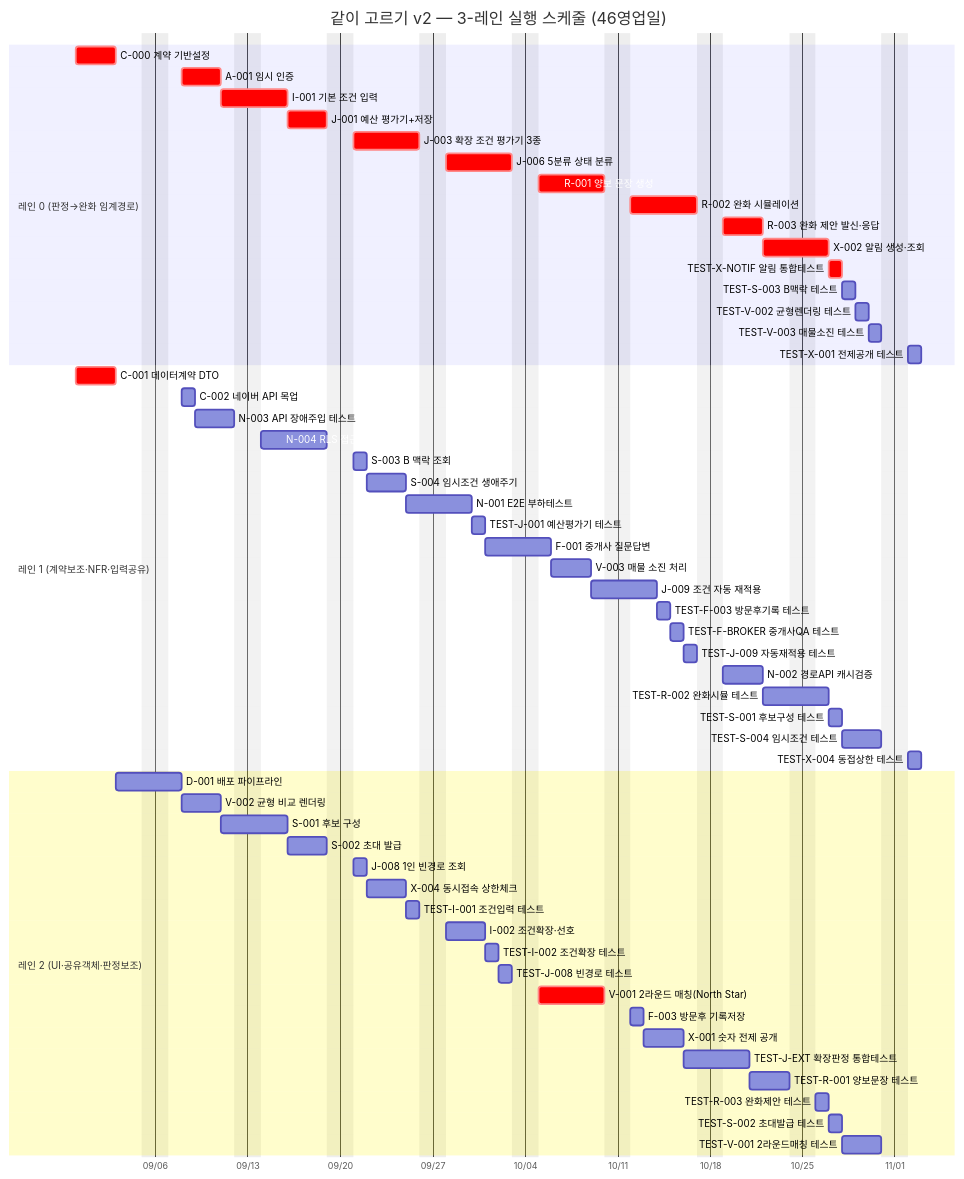
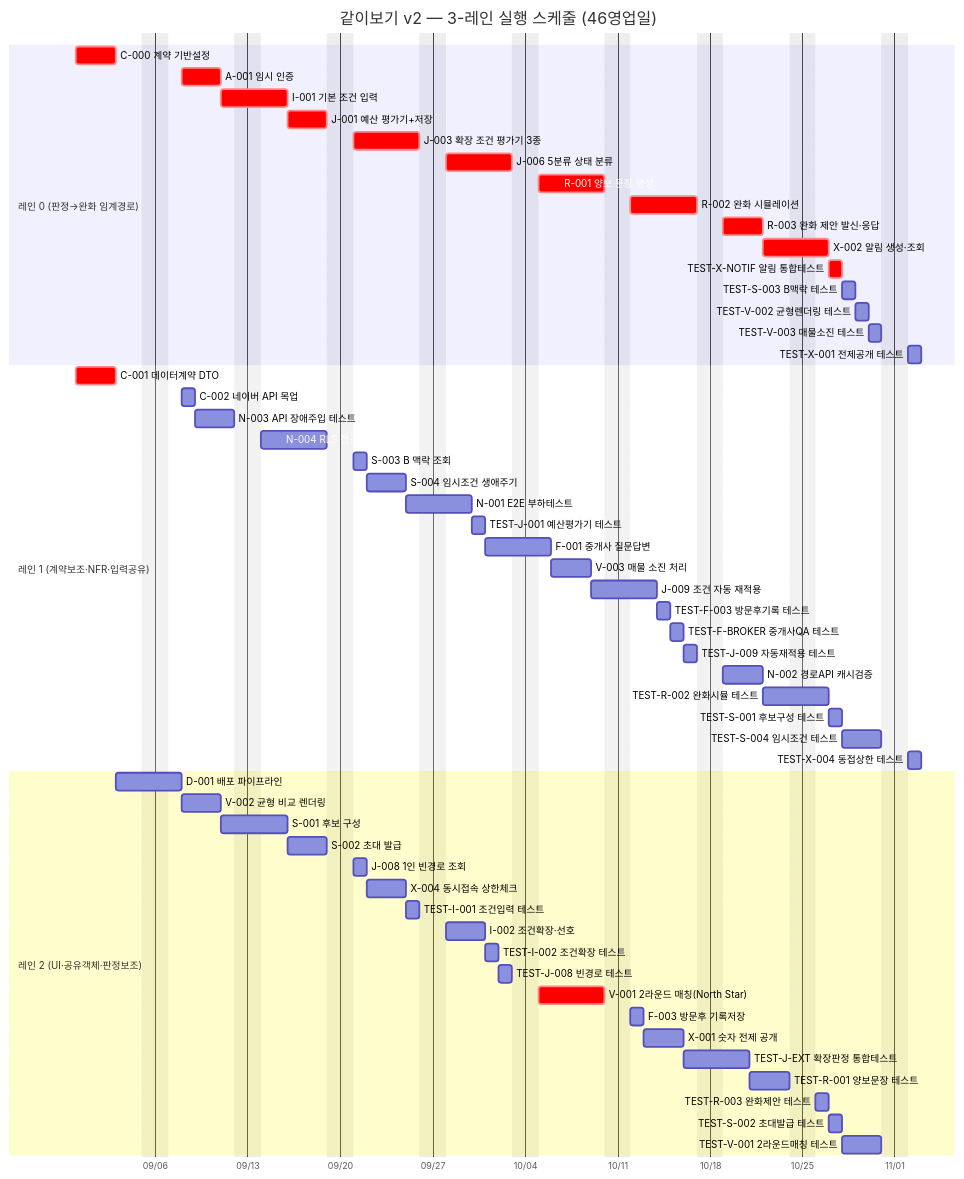
Before and after one commit to soobworks/SRS_project: the fifth of 6 diagrams in SRS_project/tasks/v2/[총괄] 개발 실행 계획.md, drawn with Mermaid. The commit also changed other lines of this file and 17 other files, not shown here.

First line of the commit message:
Fix service name: 같이보기, not 같이 고르기

````diff
--- a/SRS_project/tasks/v2/[총괄] 개발 실행 계획.md
+++ b/SRS_project/tasks/v2/[총괄] 개발 실행 계획.md
@@ -342,65 +342,65 @@
 ```mermaid
 gantt
-    title 같이 고르기 v2 — 3-레인 실행 스케줄 (46영업일)
+    title 같이보기 v2 — 3-레인 실행 스케줄 (46영업일)
     dateFormat YYYY-MM-DD
     axisFormat %m/%d
     excludes weekends
 
     section 레인 0 (판정→완화 임계경로)
     C-000 계약 기반설정        :crit, 2026-08-31, 3d
     A-001 임시 인증             :crit, 2026-09-08, 3d
     I-001 기본 조건 입력        :crit, 2026-09-11, 3d
     J-001 예산 평가기+저장      :crit, 2026-09-16, 3d
     J-003 확장 조건 평가기 3종  :crit, 2026-09-21, 5d
     J-006 5분류 상태 분류       :crit, 2026-09-28, 5d
     R-001 양보 문장 생성        :crit, 2026-10-05, 5d
     R-002 완화 시뮬레이션       :crit, 2026-10-12, 5d
     R-003 완화 제안 발신·응답   :crit, 2026-10-19, 3d
     X-002 알림 생성·조회        :crit, 2026-10-22, 3d
     TEST-X-NOTIF 알림 통합테스트 :crit, 2026-10-27, 1d
     TEST-S-003 B맥락 테스트     :2026-10-28, 1d
     TEST-V-002 균형렌더링 테스트 :2026-10-29, 1d
     TEST-V-003 매물소진 테스트  :2026-10-30, 1d
     TEST-X-001 전제공개 테스트  :2026-11-02, 1d
 
     section 레인 1 (계약보조·NFR·입력공유)
     C-001 데이터계약 DTO       :crit, 2026-08-31, 3d
     C-002 네이버 API 목업      :2026-09-08, 1d
     N-003 API 장애주입 테스트  :2026-09-09, 3d
     N-004 RLS 접근제어         :2026-09-14, 5d
     S-003 B 맥락 조회          :2026-09-21, 1d
     S-004 임시조건 생애주기    :2026-09-22, 3d
     N-001 E2E 부하테스트       :2026-09-25, 3d
     TEST-J-001 예산평가기 테스트 :2026-09-30, 1d
     F-001 중개사 질문답변      :2026-10-01, 3d
     V-003 매물 소진 처리       :2026-10-06, 3d
     J-009 조건 자동 재적용     :2026-10-09, 3d
     TEST-F-003 방문후기록 테스트 :2026-10-14, 1d
     TEST-F-BROKER 중개사QA 테스트 :2026-10-15, 1d
     TEST-J-009 자동재적용 테스트 :2026-10-16, 1d
     N-002 경로API 캐시검증     :2026-10-19, 3d
     TEST-R-002 완화시뮬 테스트 :2026-10-22, 3d
     TEST-S-001 후보구성 테스트 :2026-10-27, 1d
     TEST-S-004 임시조건 테스트 :2026-10-28, 3d
     TEST-X-004 동접상한 테스트 :2026-11-02, 1d
 
     section 레인 2 (UI·공유객체·판정보조)
     D-001 배포 파이프라인      :2026-09-03, 3d
     V-002 균형 비교 렌더링     :2026-09-08, 3d
     S-001 후보 구성            :2026-09-11, 3d
     S-002 초대 발급            :2026-09-16, 3d
     J-008 1인 빈경로 조회      :2026-09-21, 1d
     X-004 동시접속 상한체크    :2026-09-22, 3d
     TEST-I-001 조건입력 테스트 :2026-09-25, 1d
     I-002 조건확장·선호        :2026-09-28, 3d
     TEST-I-002 조건확장 테스트 :2026-10-01, 1d
     TEST-J-008 빈경로 테스트   :2026-10-02, 1d
     V-001 2라운드 매칭(North Star) :crit, 2026-10-05, 5d
     F-003 방문후 기록저장      :2026-10-12, 1d
     X-001 숫자 전제 공개       :2026-10-13, 3d
     TEST-J-EXT 확장판정 통합테스트 :2026-10-16, 3d
     TEST-R-001 양보문장 테스트 :2026-10-21, 3d
     TEST-R-003 완화제안 테스트 :2026-10-26, 1d
     TEST-S-002 초대발급 테스트 :2026-10-27, 1d
     TEST-V-001 2라운드매칭 테스트 :2026-10-28, 3d
 ```
````
